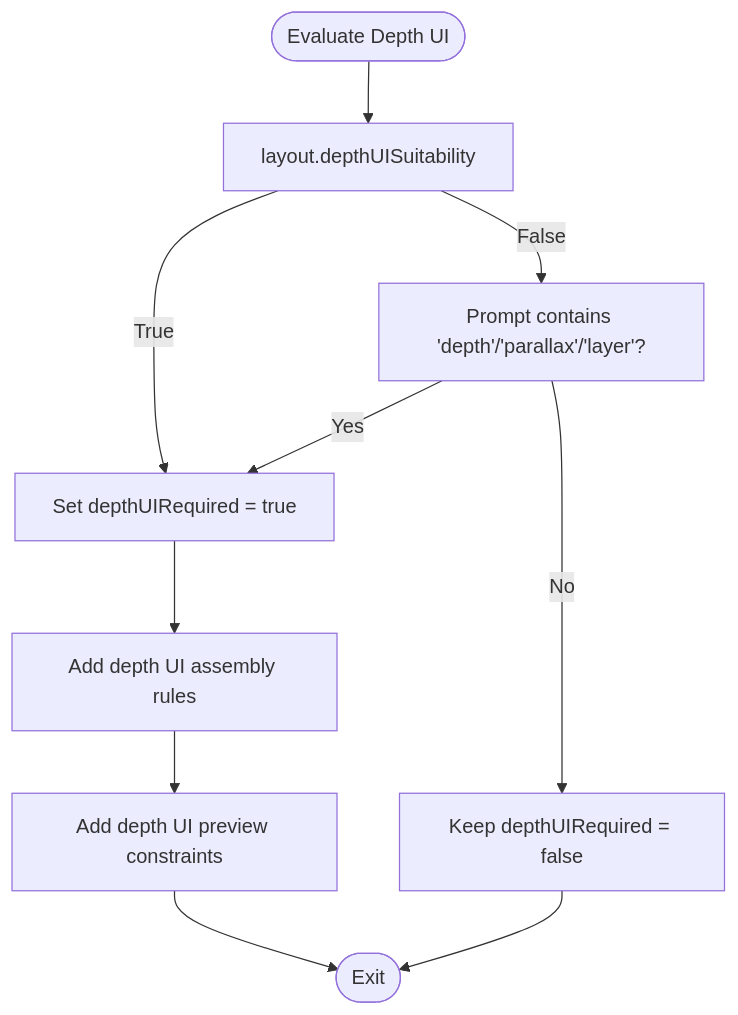
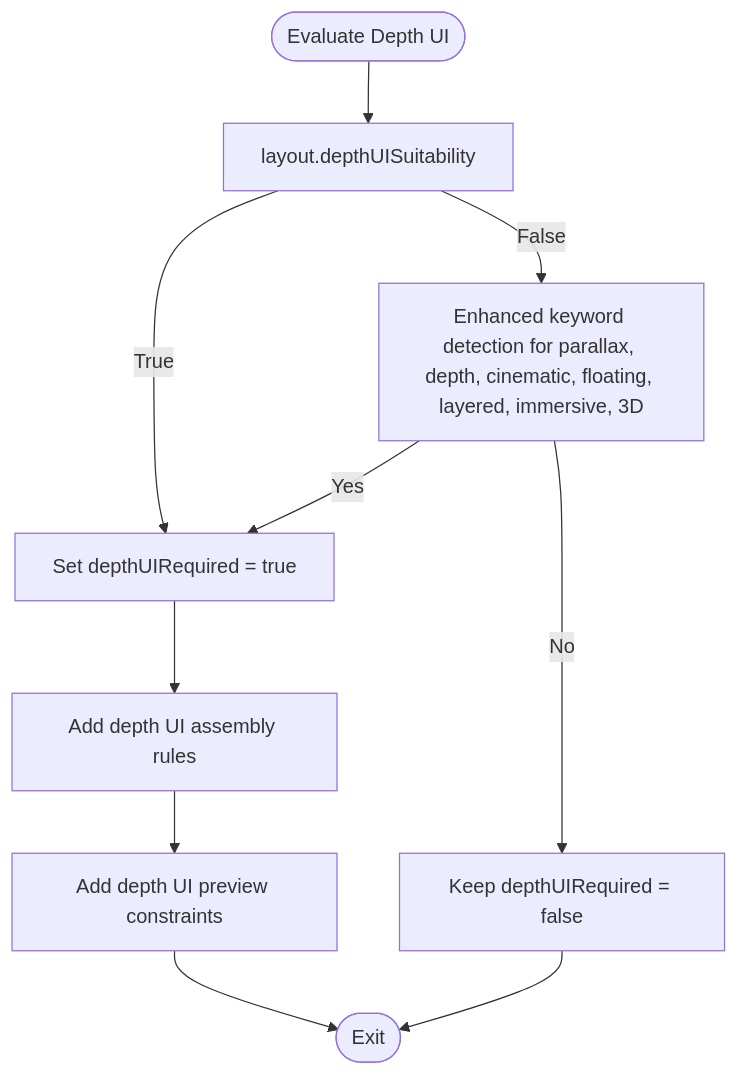
The sixth of 11 diagrams in .qoder/repowiki/en/content/AI Generation Engine/Core Generation Pipeline/Intent Processing & Blueprint Selection.md (shekhargiri005-dotcom/AI-powered-accessibility-first-UI-engine), drawn with Mermaid before and after one commit. The commit also changed other lines of this file and 6 other files, not shown here.

````diff
--- a/.qoder/repowiki/en/content/AI Generation Engine/Core Generation Pipeline/Intent Processing & Blueprint Selection.md
+++ b/.qoder/repowiki/en/content/AI Generation Engine/Core Generation Pipeline/Intent Processing & Blueprint Selection.md
@@ -304,12 +328,12 @@
 ```mermaid
 flowchart TD
 DStart(["Evaluate Depth UI"]) --> CheckLayout["layout.depthUISuitability"]
 CheckLayout --> |True| SetDepth["Set depthUIRequired = true"]
-CheckLayout --> |False| CheckPrompt["Prompt contains 'depth'/'parallax'/'layer'?"]
+CheckLayout --> |False| CheckPrompt["Enhanced keyword detection for parallax, depth, cinematic, floating, layered, immersive, 3D"]
 CheckPrompt --> |Yes| SetDepth
 CheckPrompt --> |No| KeepDefault["Keep depthUIRequired = false"]
 SetDepth --> MotionRules["Add depth UI assembly rules"]
 MotionRules --> PreviewRules["Add depth UI preview constraints"]
 PreviewRules --> DEnd(["Exit"])
 KeepDefault --> DEnd
 ```
````
